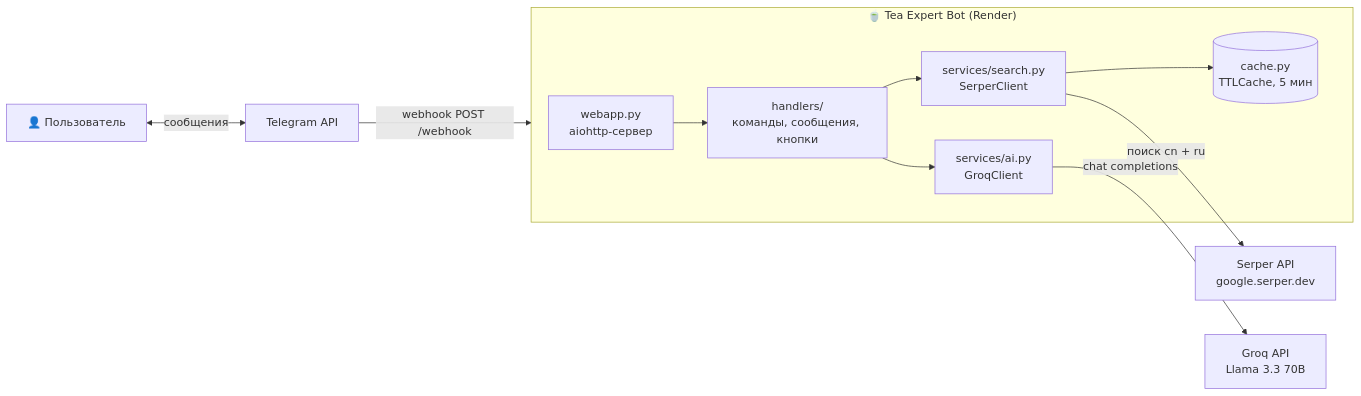
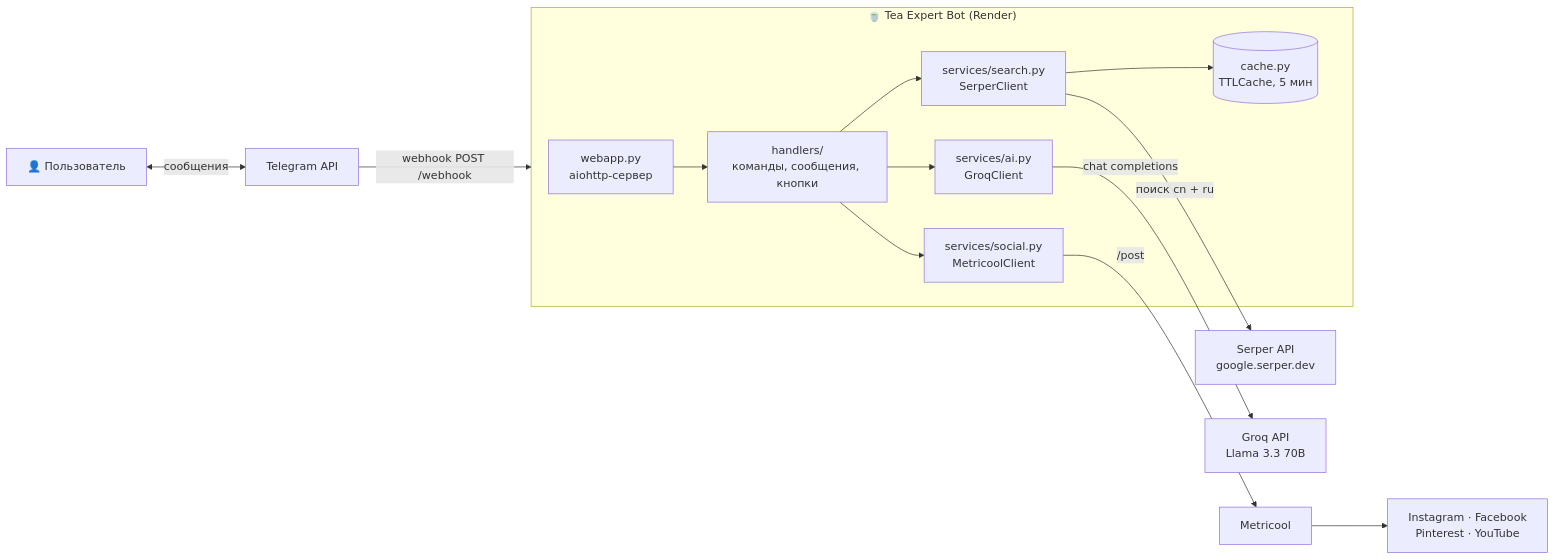
One commit to bazgen89-netizen/Yea-bot- changed the first of 4 diagrams in ARCHITECTURE.md. Above: the diagram before and after it, drawn with Mermaid. The commit also changed other lines of this file and 15 other files, not shown here.

First line of the commit message:
Add cross-posting to all brand social networks via Metricool

````diff
--- a/ARCHITECTURE.md
+++ b/ARCHITECTURE.md
@@ -22,15 +23,17 @@
 ```mermaid
 flowchart LR
     U[👤 Пользователь] <-->|сообщения| TG[Telegram API]
     TG -->|webhook POST /webhook| APP
 
     subgraph APP["🍵 Tea Expert Bot (Render)"]
         WH[webapp.py<br/>aiohttp-сервер] --> H[handlers/<br/>команды, сообщения, кнопки]
         H --> S[services/search.py<br/>SerperClient]
         H --> A[services/ai.py<br/>GroqClient]
+        H --> SO[services/social.py<br/>MetricoolClient]
         S --> C[(cache.py<br/>TTLCache, 5 мин)]
     end
 
     S -->|поиск cn + ru| SERPER[Serper API<br/>google.serper.dev]
     A -->|chat completions| GROQ[Groq API<br/>Llama 3.3 70B]
+    SO -->|/post| MC[Metricool] --> SN[Instagram · Facebook<br/>Pinterest · YouTube]
 ```
````
